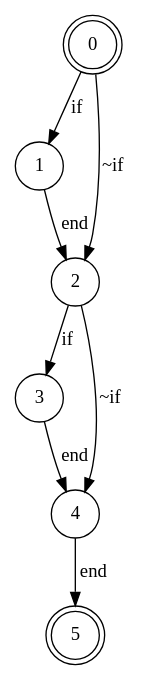
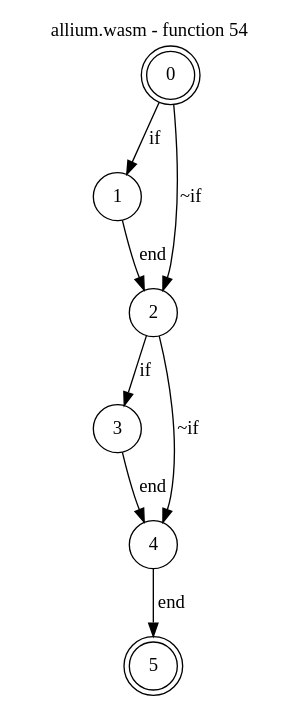
The diagram in test_cases/allium/funcs/allium-func54.dot (jsCarleton/wanalyze), drawn with Graphviz before and after one commit. The commit also changed 2386 other files, not shown here.

```diff
--- a/test_cases/allium/funcs/allium-func54.dot
+++ b/test_cases/allium/funcs/allium-func54.dot
@@ -1,11 +1,16 @@
 digraph finite_state_machine {
+    label = "allium.wasm - function 54"
+    labelloc =  t
+    labelfontsize = 16
+    labelfontcolor = black
+    labelfontname = "Helvetica"
     node [shape = doublecircle]; 0 5;
     node [shape = circle];
     0 -> 1[label = "if"];
     0 -> 2[label = "~if"];
     1 -> 2[label = "end"];
     2 -> 3[label = "if"];
     2 -> 4[label = "~if"];
     3 -> 4[label = "end"];
     4 -> 5[label = "end"];
 }
```
